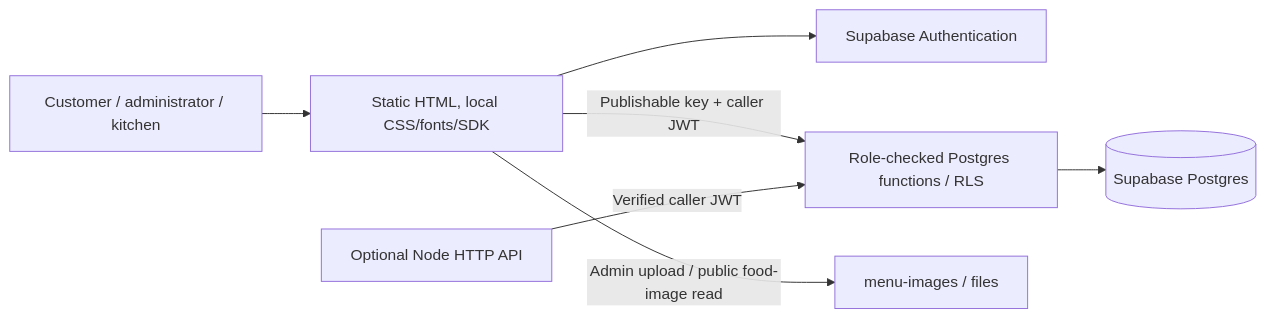
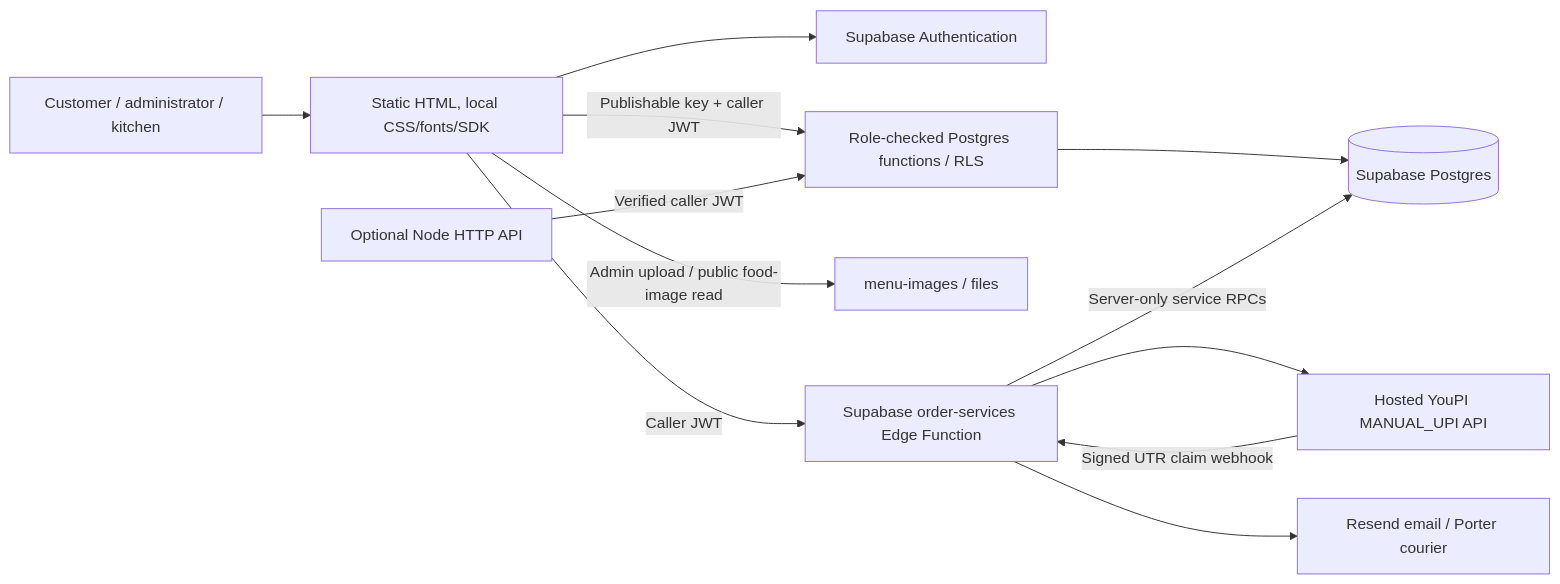
The first of 2 diagrams in docs/architecture.md (Marykamalaperli/Cafe_Website), drawn with Mermaid before and after one commit. The commit also changed other lines of this file and 46 other files, not shown here.

````diff
--- a/docs/architecture.md
+++ b/docs/architecture.md
@@ -5,9 +5,14 @@
 ```mermaid
 flowchart LR
   Browser[Customer / administrator / kitchen] --> Frontend[Static HTML, local CSS/fonts/SDK]
   Frontend --> Auth[Supabase Authentication]
   Frontend -->|Publishable key + caller JWT| RPC[Role-checked Postgres functions / RLS]
   RPC --> DB[(Supabase Postgres)]
   Frontend -->|Admin upload / public food-image read| Storage[menu-images / files]
+  Frontend -->|Caller JWT| Services[Supabase order-services Edge Function]
+  Services -->|Server-only service RPCs| DB
+  Services --> YouPI[Hosted YouPI MANUAL_UPI API]
+  YouPI -->|Signed UTR claim webhook| Services
+  Services --> Providers[Resend email / Porter courier]
   Node[Optional Node HTTP API] -->|Verified caller JWT| RPC
 ```
````
